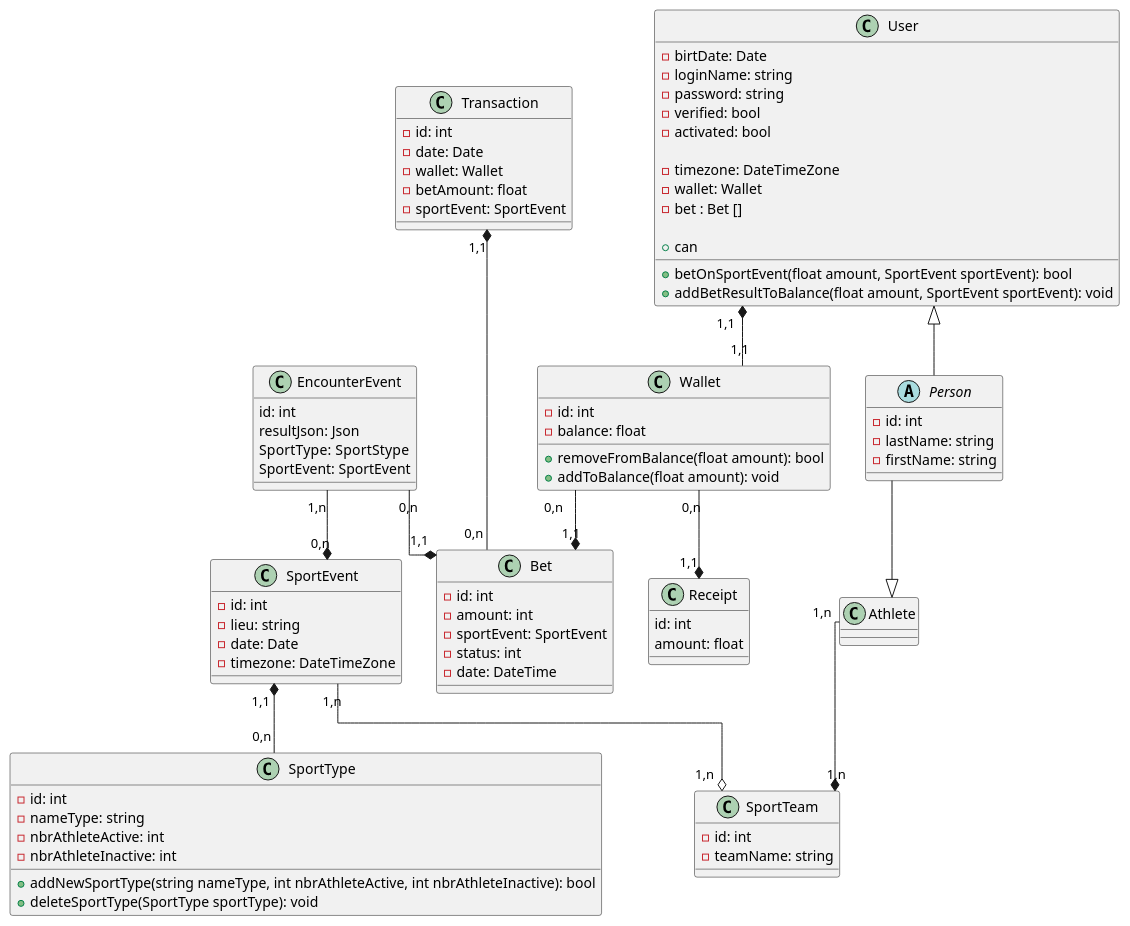
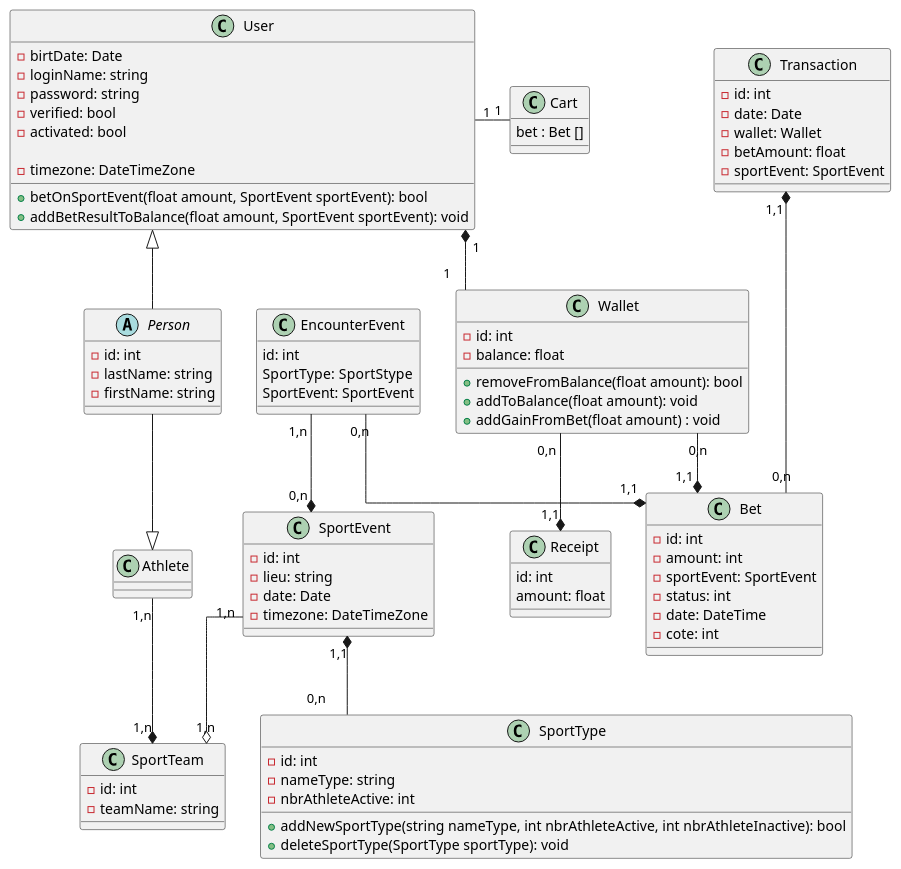
Before and after one commit to OFP-CDA-Mulhouse-2020/parisportif3: the diagram in UML/PariSportifUML.puml, drawn with PlantUML.

Commit message:
6. Modification de l'UML | Ajout de l'entité Cart

```diff
--- a/UML/PariSportifUML.puml
+++ b/UML/PariSportifUML.puml
@@ -1,124 +1,128 @@
 @startuml
 
 ' Human management
 
 skinparam linetype ortho
 
     abstract class Person {
         -id: int
         -lastName: string
         -firstName: string
     }
 
     class User {
         -birtDate: Date
         -loginName: string
         -password: string
         -verified: bool
         -activated: bool
 
         -timezone: DateTimeZone
-        -wallet: Wallet
-        -bet : Bet []
 
         +betOnSportEvent(float amount, SportEvent sportEvent): bool
         +addBetResultToBalance(float amount, SportEvent sportEvent): void
-        +can
     }
 
     class Athlete {
     
     }
 
     class Receipt{
         id: int
         amount: float
     }
 
 
     ' Money management
     class Wallet {
         -id: int
         -balance: float
 
         +removeFromBalance(float amount): bool
         +addToBalance(float amount): void
+        +addGainFromBet(float amount) : void
     }
 
     'History'
     class Transaction {
         -id: int
         -date: Date
         -wallet: Wallet
         -betAmount: float
         -sportEvent: SportEvent
     }
 
     class Bet {
         -id: int
         -amount: int
         -sportEvent: SportEvent
         -status: int
         -date: DateTime
+        -cote: int
 
 '        +addBet(int amount, SportEvent SportEvent): bool
 '        +deleteBet(int id): bool
 '        +modifyBet(int id, int amount, SportEvent SportEvent): bool
     }
 
     class EncounterEvent{
         id: int
-        resultJson: Json
+       'resultJson: Json
         SportType:  SportStype
         SportEvent: SportEvent
     }
 
     ' Sport management
     class SportEvent {
         -id: int
         -lieu: string
         -date: Date
         -timezone: DateTimeZone
     }
 
     class SportTeam {
         -id: int
         -teamName: string
     }
 
     class SportType {
         -id: int
         -nameType: string
         -nbrAthleteActive: int
-        -nbrAthleteInactive: int
 
         +addNewSportType(string nameType, int nbrAthleteActive, int nbrAthleteInactive): bool
         +deleteSportType(SportType sportType): void
+    }
+
+    class Cart{
+    bet : Bet []
     }
 
 ' ========================================================================='
 
 ' Inherit of
 User <|-- Person
 Athlete <|-u- Person
 
 ' Relation
 'User "0,n" o-- "1,1" Bet
-User "1,1" *-- "1,1" Wallet
+User "1" *-- "1" Wallet
+User "1" -r- "1" Cart
 
 Wallet "0,n" --* "1,1" Bet
 Wallet "0,n" --* "1,1" Receipt
 
 Athlete "1,n" --* "1,n" SportTeam
 
 EncounterEvent "0,n" -d-* "1,1" Bet
 EncounterEvent "1,n" --* "0,n" SportEvent
 
 SportEvent "1,n" --o "1,n" SportTeam
 SportEvent "1,1" *-- "0,n" SportType
 
 Transaction "1,1" *--- "0,n" Bet
 'Transaction -l- Wallet
 
 
+
 @enduml
```
